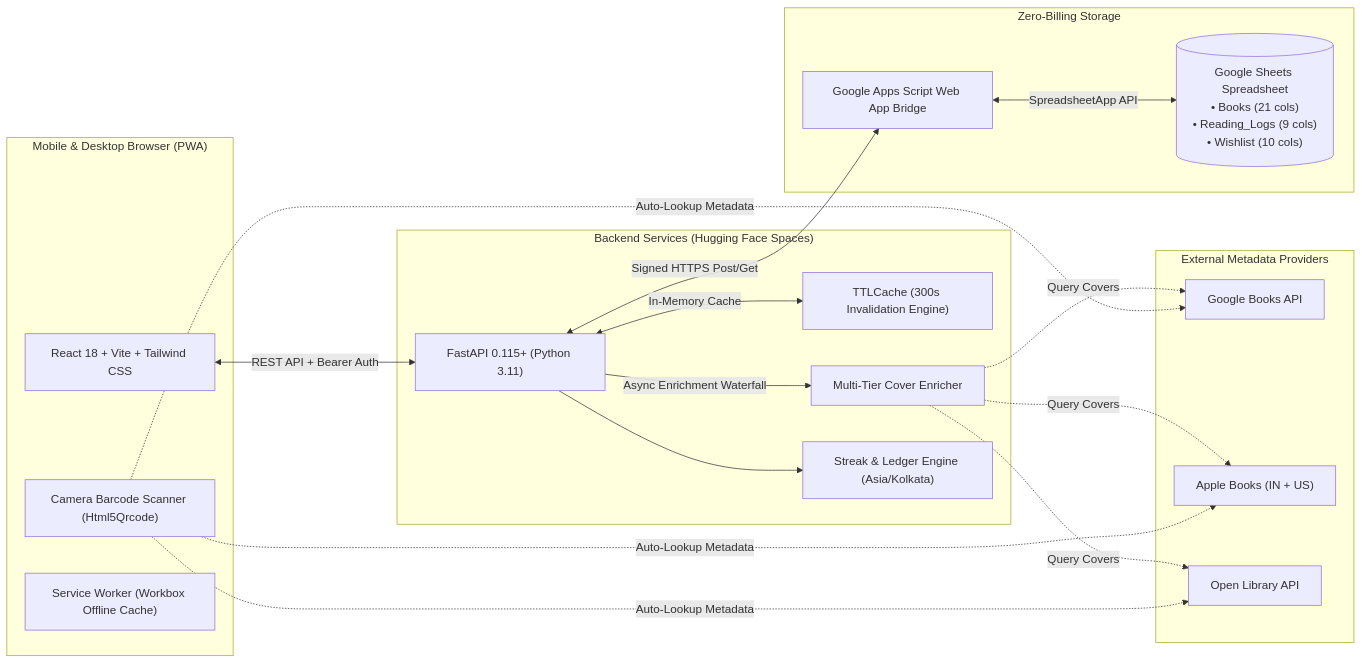
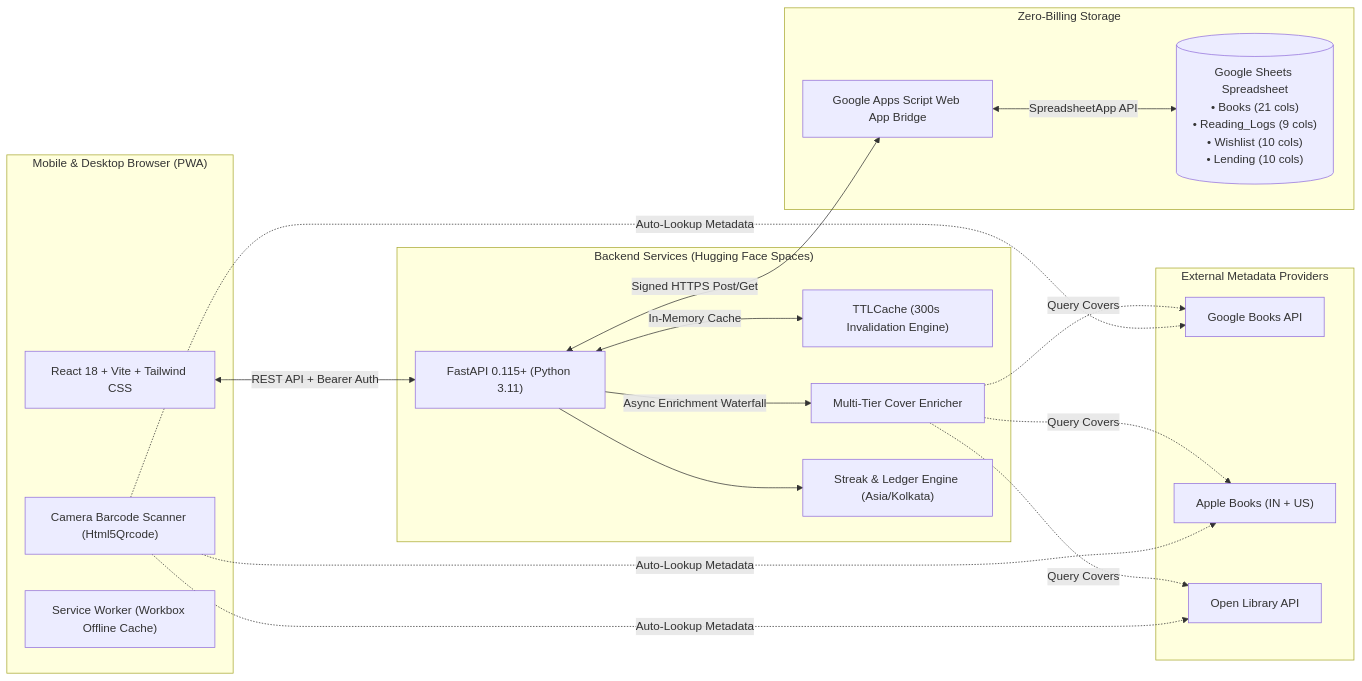
Before and after one commit to akdey/Molat: the diagram in README.md, drawn with Mermaid. The commit also changed other lines of this file, not shown here.

Commit message:
docs: update README with Book Lending feature, 4th sheet schema, and test suite results

````diff
--- a/README.md
+++ b/README.md
@@ -82,35 +89,35 @@
 ```mermaid
 flowchart LR
     subgraph Client["Mobile & Desktop Browser (PWA)"]
         UI["React 18 + Vite + Tailwind CSS"]
         Scanner["Camera Barcode Scanner (Html5Qrcode)"]
         SW["Service Worker (Workbox Offline Cache)"]
     end
 
     subgraph CloudAPI["Backend Services (Hugging Face Spaces)"]
         API["FastAPI 0.115+ (Python 3.11)"]
         Cache["TTLCache (300s Invalidation Engine)"]
         Enricher["Multi-Tier Cover Enricher"]
         Streak["Streak & Ledger Engine (Asia/Kolkata)"]
     end
 
     subgraph Metadata["External Metadata Providers"]
         GB["Google Books API"]
         AB["Apple Books (IN + US)"]
         OL["Open Library API"]
     end
 
     subgraph Storage["Zero-Billing Storage"]
         Bridge["Google Apps Script Web App Bridge"]
-        Sheets[("Google Sheets Spreadsheet\n• Books (21 cols)\n• Reading_Logs (9 cols)\n• Wishlist (10 cols)")]
+        Sheets[("Google Sheets Spreadsheet\n• Books (21 cols)\n• Reading_Logs (9 cols)\n• Wishlist (10 cols)\n• Lending (10 cols)")]
     end
 
     UI <-->|REST API + Bearer Auth| API
     Scanner -.->|Auto-Lookup Metadata| GB & OL & AB
     API <-->|In-Memory Cache| Cache
     API -->|Async Enrichment Waterfall| Enricher
     Enricher -.->|Query Covers| GB & AB & OL
     API --> Streak
     API <-->|Signed HTTPS Post/Get| Bridge
     Bridge <-->|SpreadsheetApp API| Sheets
 ```
````
